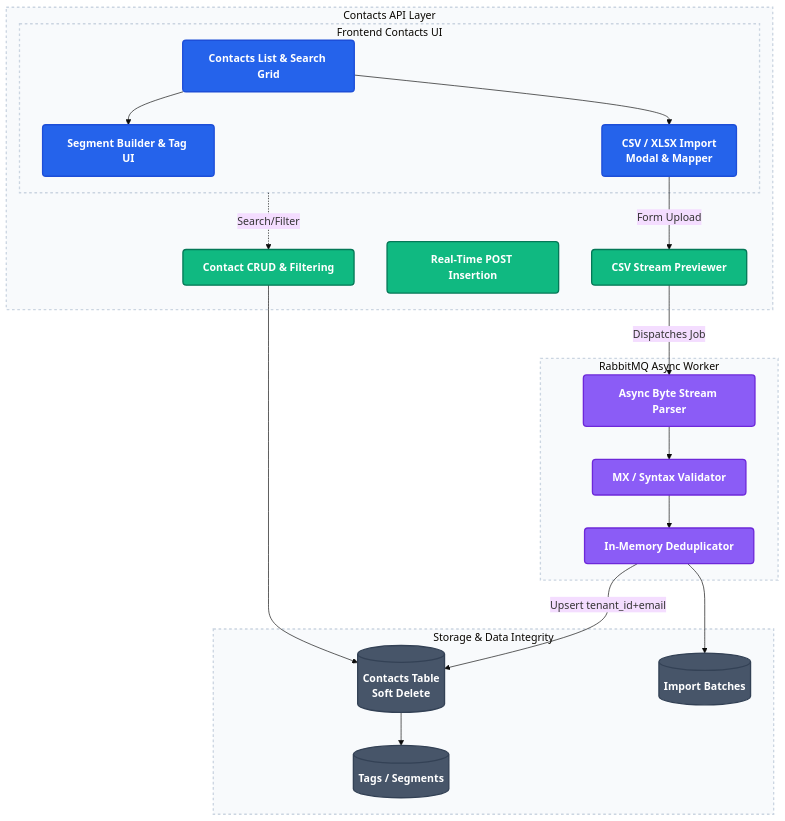
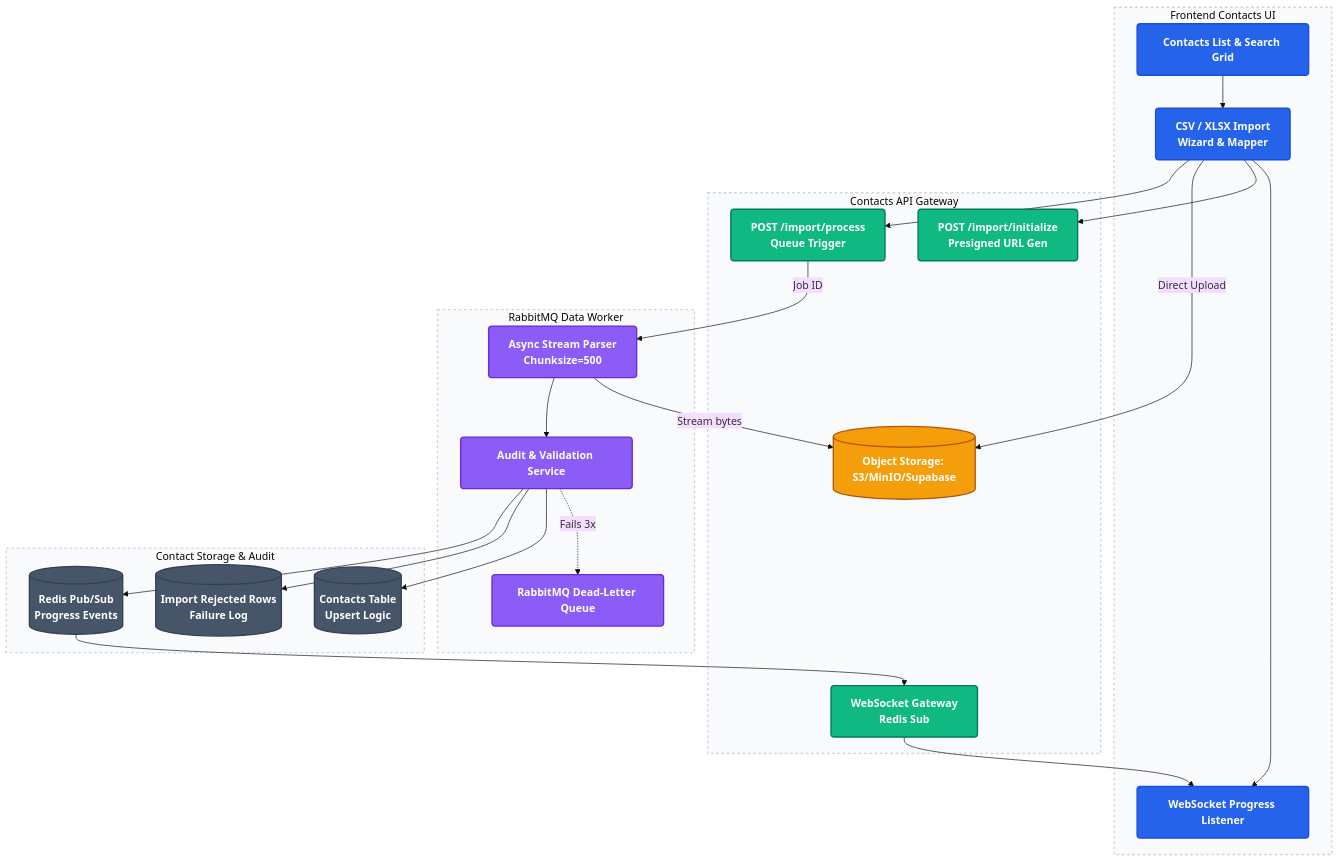
The fourth of 16 diagrams in docs/phases/phase_wise_plan.md (Rahul-pamula/ShrFlow), drawn with Mermaid (base theme) before and after one commit. The commit also changed other lines of this file, not shown here.

Commit message:
docs: update phase 2 plan with refined contact import architecture and workflow diagrams

````diff
--- a/docs/phases/phase_wise_plan.md
+++ b/docs/phases/phase_wise_plan.md
@@ -402,64 +402,69 @@
 ```mermaid
 graph TD
     classDef frontend fill:#2563eb,stroke:#1d4ed8,stroke-width:2px,color:#fff,font-weight:bold,rx:5px,ry:5px;
     classDef api fill:#10b981,stroke:#047857,stroke-width:2px,color:#fff,font-weight:bold,rx:5px,ry:5px;
     classDef worker fill:#8b5cf6,stroke:#6d28d9,stroke-width:2px,color:#fff,font-weight:bold,rx:5px,ry:5px;
     classDef database fill:#475569,stroke:#334155,stroke-width:2px,color:#fff,font-weight:bold,rx:5px,ry:5px;
+    classDef storage fill:#f59e0b,stroke:#b45309,stroke-width:2px,color:#fff,font-weight:bold,rx:5px,ry:5px;
 
     subgraph ContactsInterface [Frontend Contacts UI]
         List[Contacts List & Search Grid]
-        Segments[Segment Builder & Tag UI]
-        ImportModal[CSV / XLSX Import <br> Modal & Mapper]
+        ImportModal[CSV / XLSX Import <br> Wizard & Mapper]
+        WS[WebSocket Progress Listener]
         
-        List --> Segments
         List --> ImportModal
+        ImportModal --> WS
         class List frontend;
-        class Segments frontend;
         class ImportModal frontend;
+        class WS frontend;
     end
 
-    subgraph ContactsAPI [Contacts API Layer]
-        ContactCRUD[Contact CRUD & Filtering]
-        SyncInsert[Real-Time POST Insertion]
-        PreviewAPI[CSV Stream Previewer]
+    subgraph ContactsAPI [Contacts API Gateway]
+        InitAPI[POST /import/initialize <br> Presigned URL Gen]
+        ProcessAPI[POST /import/process <br> Queue Trigger]
+        WSGW[WebSocket Gateway <br> Redis Sub]
         
-        ContactsInterface -.-> |"Search/Filter"| ContactCRUD
-        ImportModal --> |"Form Upload"| PreviewAPI
-        class ContactCRUD api;
-        class SyncInsert api;
-        class PreviewAPI api;
+        ImportModal --> InitAPI
+        ImportModal --> |"Direct Upload"| S3[(Object Storage: S3/MinIO/Supabase)]
+        ImportModal --> ProcessAPI
+        WSGW --> WS
+        class InitAPI api;
+        class ProcessAPI api;
+        class WSGW api;
+        class S3 storage;
     end
 
-    subgraph ImportWorker [RabbitMQ Async Worker]
-        Chunker[Async Byte Stream Parser]
-        Validator[MX / Syntax Validator]
-        DeDupe[In-Memory Deduplicator]
+    subgraph ImportWorker [RabbitMQ Data Worker]
+        Chunker[Async Stream Parser <br> Chunksize=500]
+        Validator[Audit & Validation Service]
+        DLQ[RabbitMQ Dead-Letter Queue]
         
-        PreviewAPI --> |"Dispatches Job"| Chunker
+        ProcessAPI --> |"Job ID"| Chunker
+        Chunker --> |"Stream bytes"| S3
         Chunker --> Validator
-        Validator --> DeDupe
+        Validator -.-> |"Fails 3x"| DLQ
         class Chunker worker;
         class Validator worker;
-        class DeDupe worker;
+        class DLQ worker;
     end
 
-    subgraph DataLayer [Storage & Data Integrity]
-        Contacts[(Contacts Table <br> Soft Delete)]
-        Tags[(Tags / Segments)]
-        Batches[(Import Batches)]
+    subgraph DataLayer [Contact Storage & Audit]
+        Contacts[(Contacts Table <br> Upsert Logic)]
+        Rejections[(Import Rejected Rows <br> Failure Log)]
+        Redis[(Redis Pub/Sub <br> Progress Events)]
         
-        ContactCRUD --> Contacts
-        DeDupe --> |"Upsert tenant_id+email"| Contacts
-        Contacts --> Tags
-        DeDupe --> Batches
+        Validator --> Contacts
+        Validator --> Rejections
+        Validator --> Redis
+        Redis --> WSGW
         class Contacts database;
-        class Tags database;
-        class Batches database;
+        class Rejections database;
+        class Redis database;
     end
 
     classDef dualBox fill:#f8fafc,stroke:#cbd5e1,stroke-width:2px,stroke-dasharray: 4 4;
     class ContactsInterface dualBox;
     class ContactsAPI dualBox;
     class ImportWorker dualBox;
     class DataLayer dualBox;
 ```
````
